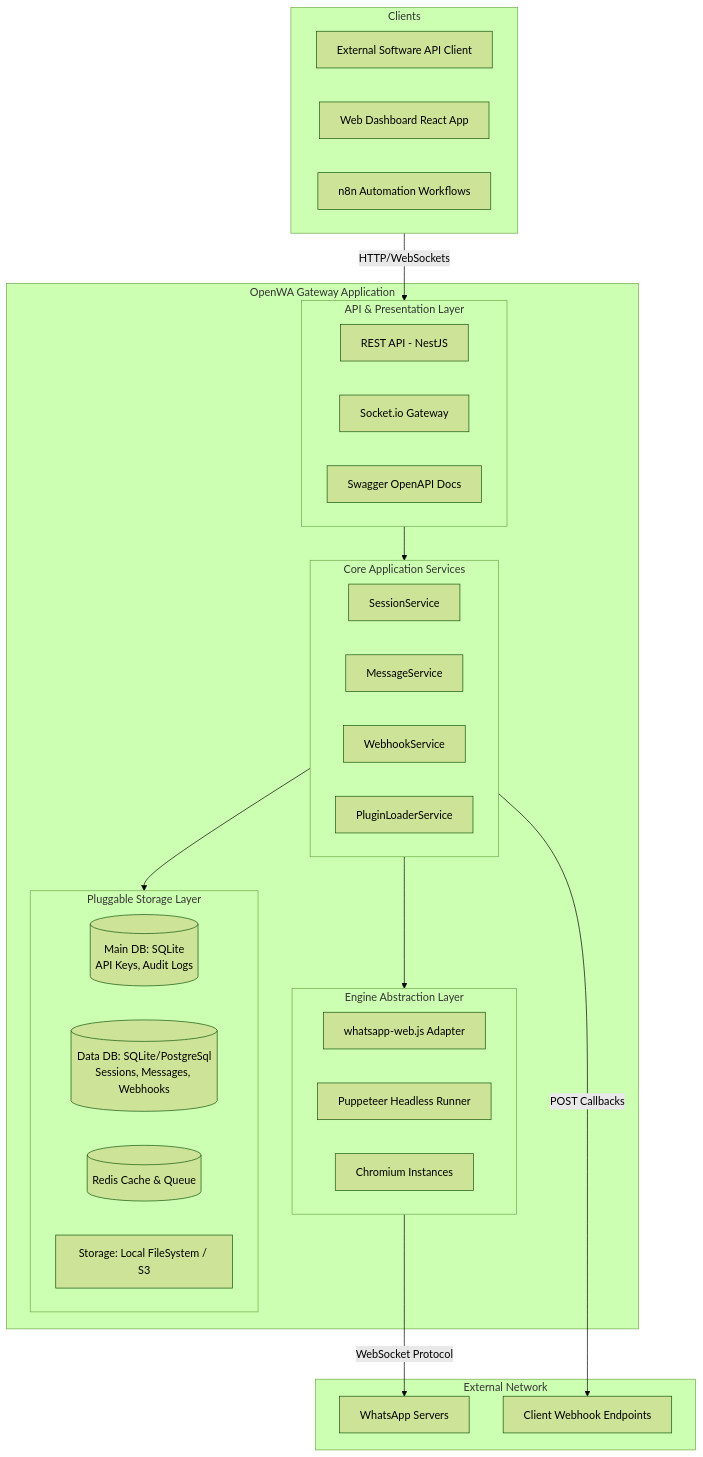
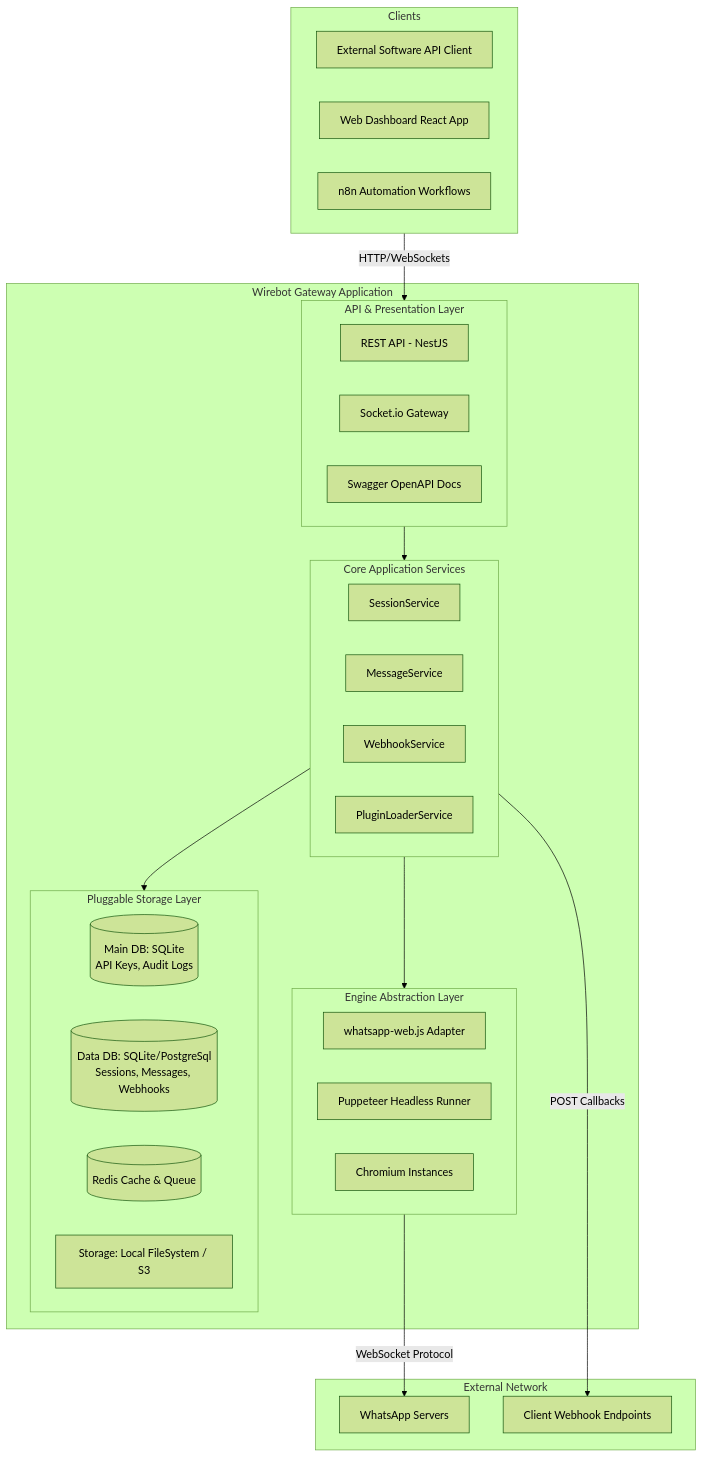
The first of 4 diagrams in project_architecture_document.md (Octapus-systems/whatsapp_Dashboard), drawn with Mermaid (forest theme) before and after one commit. The commit also changed other lines of this file and 86 other files, not shown here.

Commit message:
chore: rebrand OpenWA to Wirebot, attribute to Jishad

````diff
--- a/project_architecture_document.md
+++ b/project_architecture_document.md
@@ -61,48 +61,48 @@
 ```mermaid
 flowchart TB
     subgraph Clients["Clients"]
         C1[External Software API Client]
         C2[Web Dashboard React App]
         C3[n8n Automation Workflows]
     end
     
-    subgraph OpenWA["OpenWA Gateway Application"]
+    subgraph Wirebot["Wirebot Gateway Application"]
         subgraph API["API & Presentation Layer"]
             REST[REST API - NestJS]
             WS[Socket.io Gateway]
             SWAGGER[Swagger OpenAPI Docs]
         end
         
         subgraph Core["Core Application Services"]
             SM[SessionService]
             MM[MessageService]
             WH[WebhookService]
             PM[PluginLoaderService]
         end
         
         subgraph Adapters["Engine Abstraction Layer"]
             WW[whatsapp-web.js Adapter]
             PP[Puppeteer Headless Runner]
             CH[Chromium Instances]
         end
         
         subgraph Storage["Pluggable Storage Layer"]
             MDB[(Main DB: SQLite<br/>API Keys, Audit Logs)]
             DDB[(Data DB: SQLite/PostgreSql<br/>Sessions, Messages, Webhooks)]
             RD[(Redis Cache & Queue)]
             FS[Storage: Local FileSystem / S3]
         end
     end
     
     subgraph External["External Network"]
         WA[WhatsApp Servers]
         WEB[Client Webhook Endpoints]
     end
     
     Clients -->|HTTP/WebSockets| API
     API --> Core
     Core --> Adapters
     Core --> Storage
     Adapters -->|WebSocket Protocol| WA
     Core -->|POST Callbacks| WEB
 ```
````
